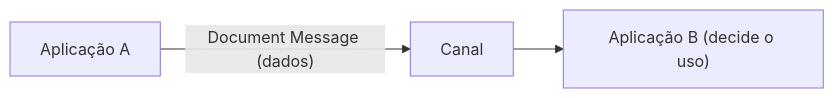
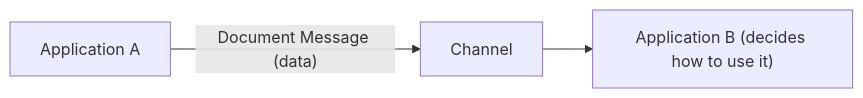
The diagram in docs/architecture/eip/message-construction/document-message.md (alancesar/design-patterns), drawn with Mermaid before and after one commit. The commit also changed 258 other files, not shown here.

First line of the commit message:
Translate Mermaid diagrams to English

````diff
--- a/docs/architecture/eip/message-construction/document-message.md
+++ b/docs/architecture/eip/message-construction/document-message.md
@@ -51,5 +51,5 @@
 ```mermaid
 flowchart LR
-    A["Aplicação A"] -->|"Document Message (dados)"| C["Canal"]
-    C --> B["Aplicação B (decide o uso)"]
+    A["Application A"] -->|"Document Message (data)"| C["Channel"]
+    C --> B["Application B (decides how to use it)"]
 ```
````
